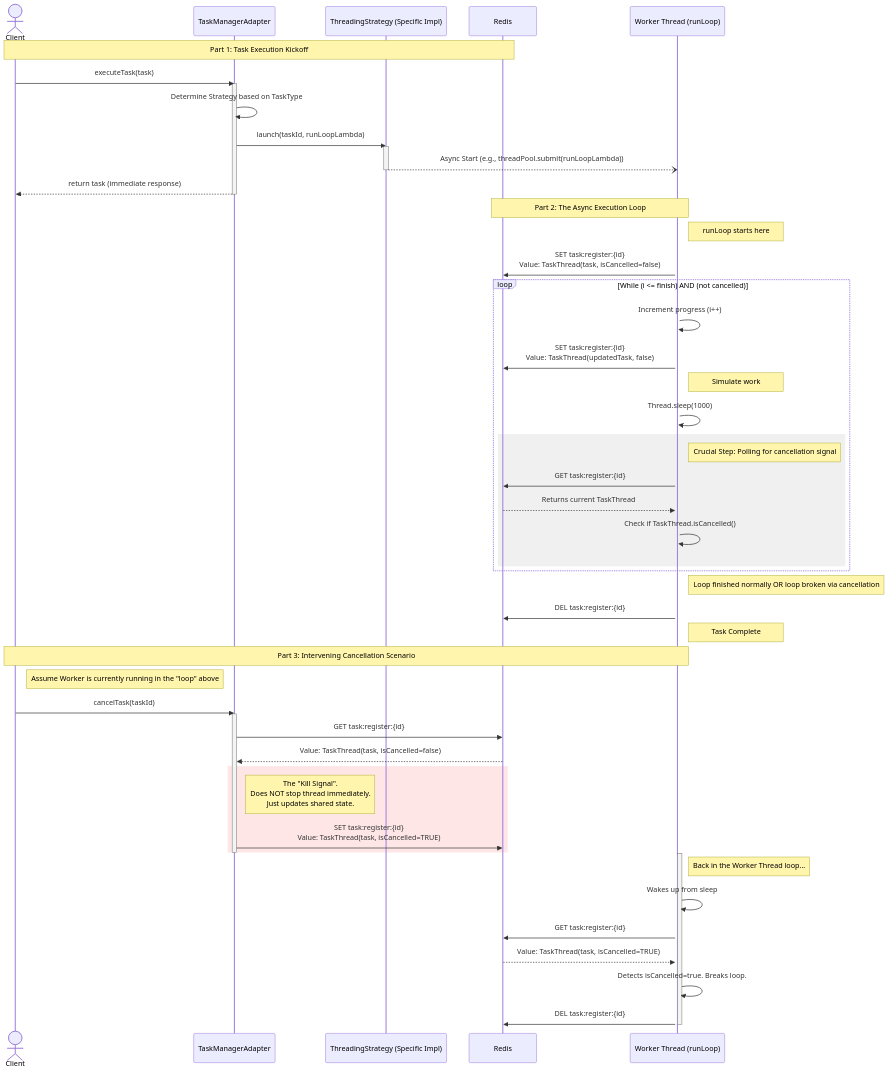
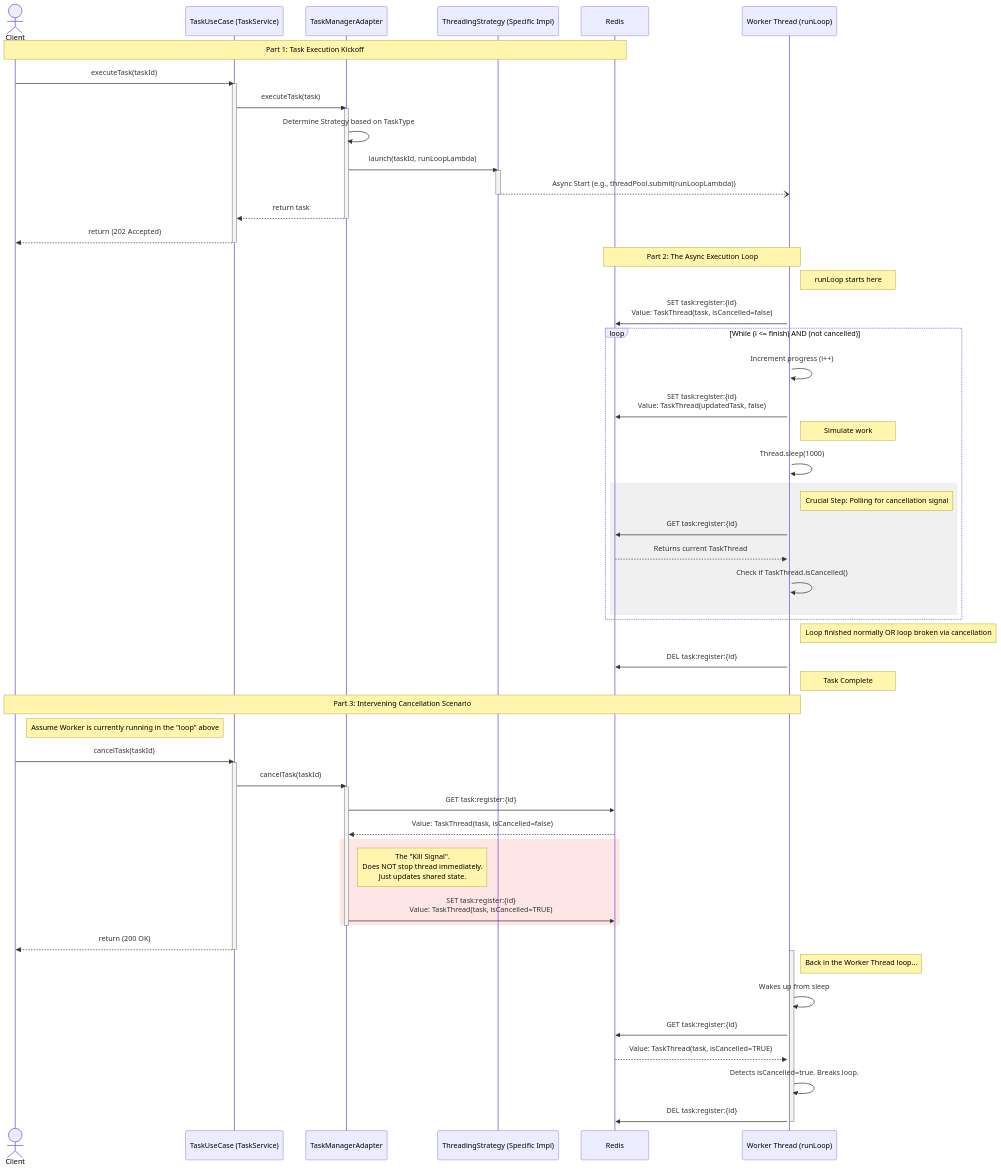
The diagram in docs/mermaid-diagram.mmd (garrido-mosqueira/hexagonal-architecture), drawn with Mermaid before and after one commit. The commit also changed 2 other files, not shown here.

Commit message:
Update README and sequence diagrams to detail Hexagonal Architecture and use case orchestration.

```diff
--- a/docs/mermaid-diagram.mmd
+++ b/docs/mermaid-diagram.mmd
@@ -1,66 +1,75 @@
 sequenceDiagram
     actor Client
+    participant UC as TaskUseCase (TaskService)
     participant TM as TaskManagerAdapter
     participant TS as ThreadingStrategy (Specific Impl)
     participant Redis
     participant Worker as Worker Thread (runLoop)
 
     note over Client, Redis: Part 1: Task Execution Kickoff
 
-    Client->>TM: executeTask(task)
+    Client->>UC: executeTask(taskId)
+    activate UC
+    UC->>TM: executeTask(task)
     activate TM
     TM->>TM: Determine Strategy based on TaskType
     TM->>TS: launch(taskId, runLoopLambda)
     activate TS
     TS--)Worker: Async Start (e.g., threadPool.submit(runLoopLambda))
     deactivate TS
-    TM-->>Client: return task (immediate response)
+    TM-->>UC: return task
     deactivate TM
+    UC-->>Client: return (202 Accepted)
+    deactivate UC
 
     note over Redis, Worker: Part 2: The Async Execution Loop
 
     activate Worker
     note right of Worker: runLoop starts here
     Worker->>Redis: SET task:register:{id} <br/>Value: TaskThread(task, isCancelled=false)
     
     loop While (i <= finish) AND (not cancelled)
         Worker->>Worker: Increment progress (i++)
         Worker->>Redis: SET task:register:{id} <br/>Value: TaskThread(updatedTask, false)
         note right of Worker: Simulate work
         Worker->>Worker: Thread.sleep(1000)
 
         rect rgb(240, 240, 240)
             note right of Worker: Crucial Step: Polling for cancellation signal
             Worker->>Redis: GET task:register:{id}
             Redis-->>Worker: Returns current TaskThread
             Worker->>Worker: Check if TaskThread.isCancelled()
         end
     end
 
     note right of Worker: Loop finished normally OR loop broken via cancellation
     Worker->>Redis: DEL task:register:{id}
     note right of Worker: Task Complete
 
 
     note over Client, Worker: Part 3: Intervening Cancellation Scenario
 
     note right of Client: Assume Worker is currently running in the "loop" above
-    Client->>TM: cancelTask(taskId)
+    Client->>UC: cancelTask(taskId)
+    activate UC
+    UC->>TM: cancelTask(taskId)
     activate TM
     TM->>Redis: GET task:register:{id}
     Redis-->>TM: Value: TaskThread(task, isCancelled=false)
     
     rect rgb(255, 230, 230)
         note right of TM: The "Kill Signal". <br/>Does NOT stop thread immediately.<br/>Just updates shared state.
         TM->>Redis: SET task:register:{id} <br/>Value: TaskThread(task, isCancelled=TRUE)
     end
     deactivate TM
+    UC-->>Client: return (200 OK)
+    deactivate UC
 
     activate Worker
     note right of Worker: Back in the Worker Thread loop...
     Worker->>Worker: Wakes up from sleep
     Worker->>Redis: GET task:register:{id}
     Redis-->>Worker: Value: TaskThread(task, isCancelled=TRUE)
     Worker->>Worker: Detects isCancelled=true. Breaks loop.
     Worker->>Redis: DEL task:register:{id}
     deactivate Worker
```
